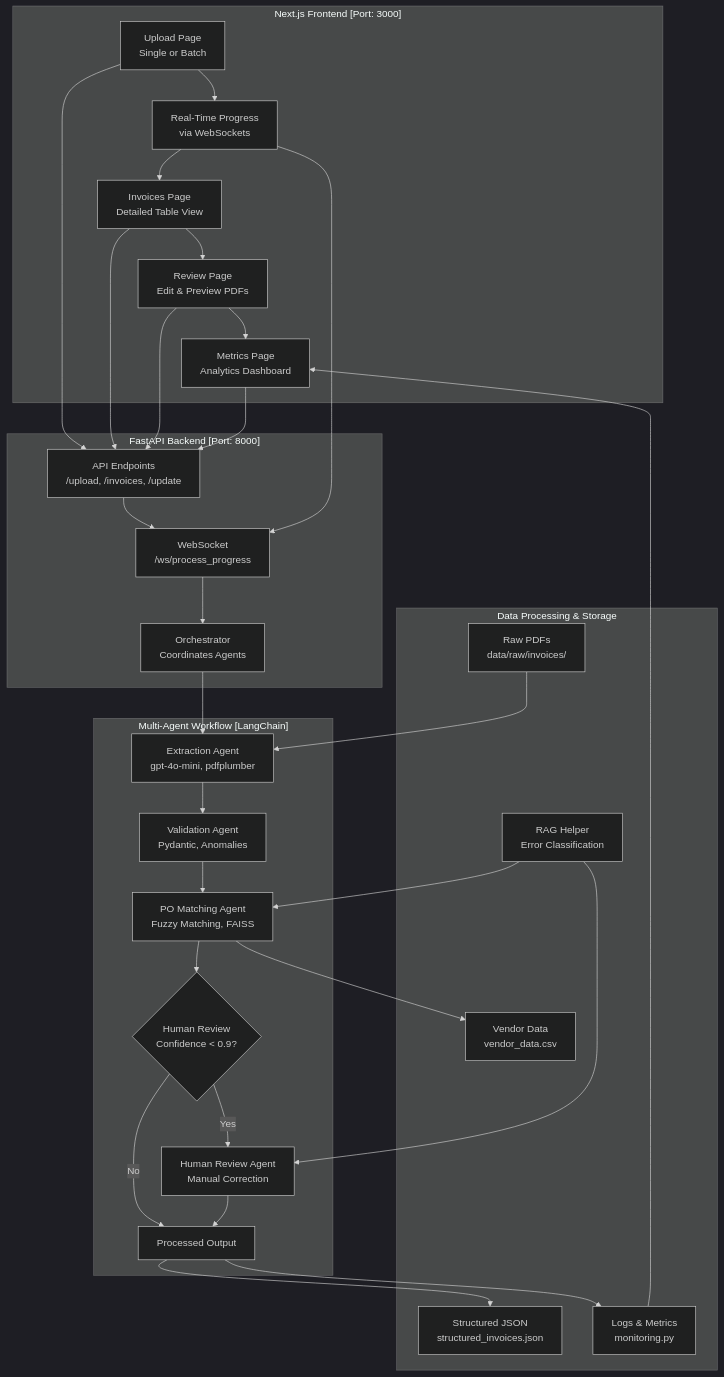
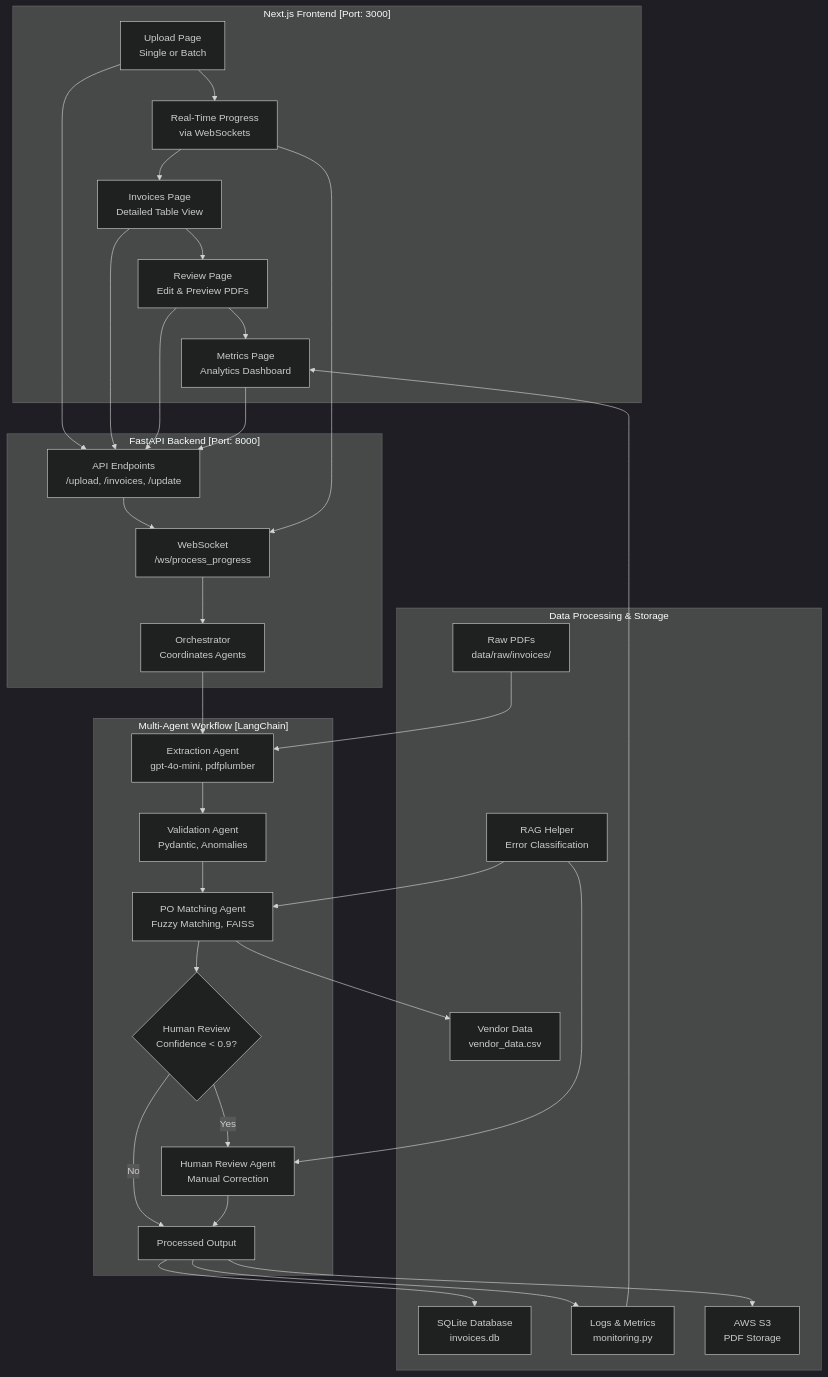
The diagram in README.md (YanCotta/agentic_invoice_system_final_version), drawn with Mermaid (dark theme) before and after one commit. The commit also changed other lines of this file, not shown here.

Commit message:
Update README to reflect migration to SQLite and AWS S3 for improved scalability and reliability, and document migration challenges and solutions.

````diff
--- a/README.md
+++ b/README.md
@@ -312,41 +347,42 @@
 ```mermaid
 flowchart TD
     subgraph "Next.js Frontend [Port: 3000]"
         A1[Upload Page<br>Single or Batch] --> A2[Real-Time Progress<br>via WebSockets]
         A2 --> A3[Invoices Page<br>Detailed Table View]
         A3 --> A4[Review Page<br>Edit & Preview PDFs]
         A4 --> A5[Metrics Page<br>Analytics Dashboard]
     end
 
     subgraph "FastAPI Backend [Port: 8000]"
         B1[API Endpoints<br>/upload, /invoices, /update] --> B2[WebSocket<br>/ws/process_progress]
         B2 --> B3[Orchestrator<br>Coordinates Agents]
     end
 
     subgraph "Multi-Agent Workflow [LangChain]"
         C1[Extraction Agent<br>gpt-4o-mini, pdfplumber] --> C2[Validation Agent<br>Pydantic, Anomalies]
         C2 --> C3[PO Matching Agent<br>Fuzzy Matching, FAISS]
         C3 --> C4{Human Review<br>Confidence < 0.9?}
         C4 -->|Yes| C5[Human Review Agent<br>Manual Correction]
         C4 -->|No| C6[Processed Output]
         C5 --> C6
     end
 
     subgraph "Data Processing & Storage"
         D1[RAG Helper<br>Error Classification] --> C3
         D2[Raw PDFs<br>data/raw/invoices/] --> C1
-        C6 --> D3[Structured JSON<br>structured_invoices.json]
+        C6 --> D3[SQLite Database<br>invoices.db]
         C3 --> D4[Vendor Data<br>vendor_data.csv]
         C6 --> D5[Logs & Metrics<br>monitoring.py]
+        C6 --> D6[AWS S3<br>PDF Storage]
     end
 
     %% Connections
     A1 --> B1
     A2 --> B2
     A3 --> B1
     A4 --> B1
     A5 --> B1
     B3 --> C1
     D1 --> C5
     D5 --> A5
 ```
````
